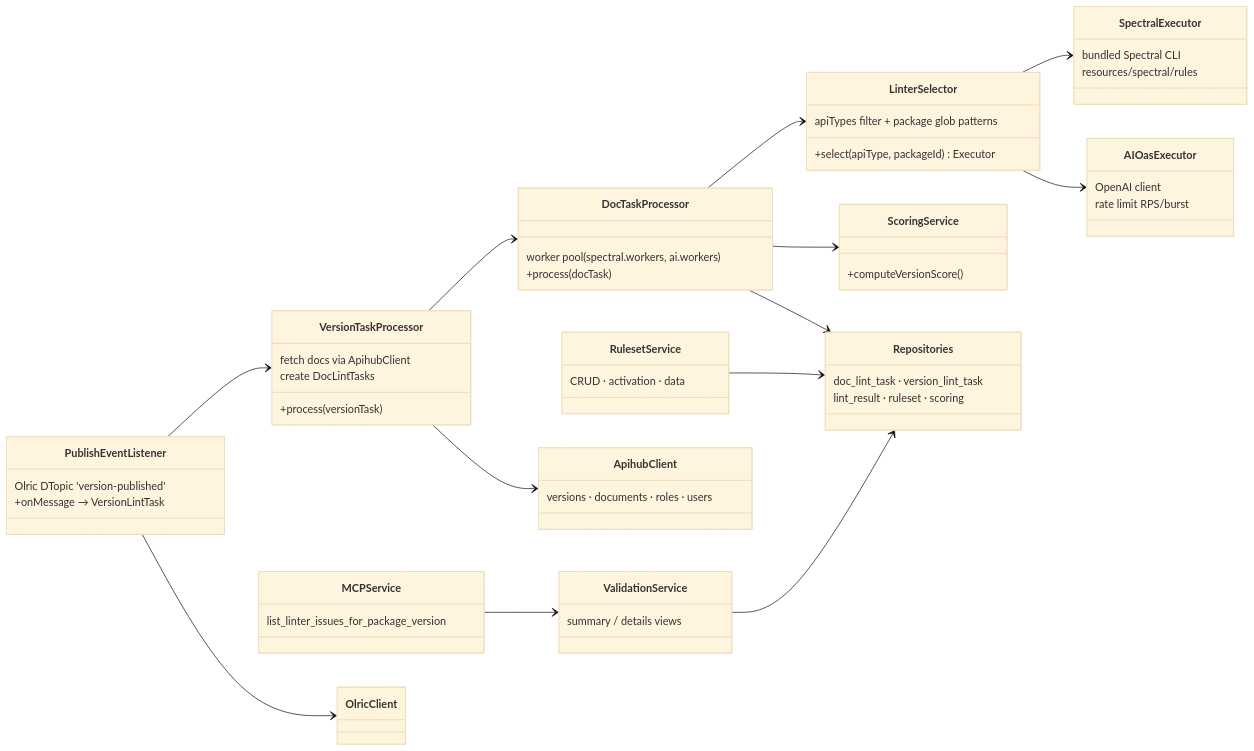
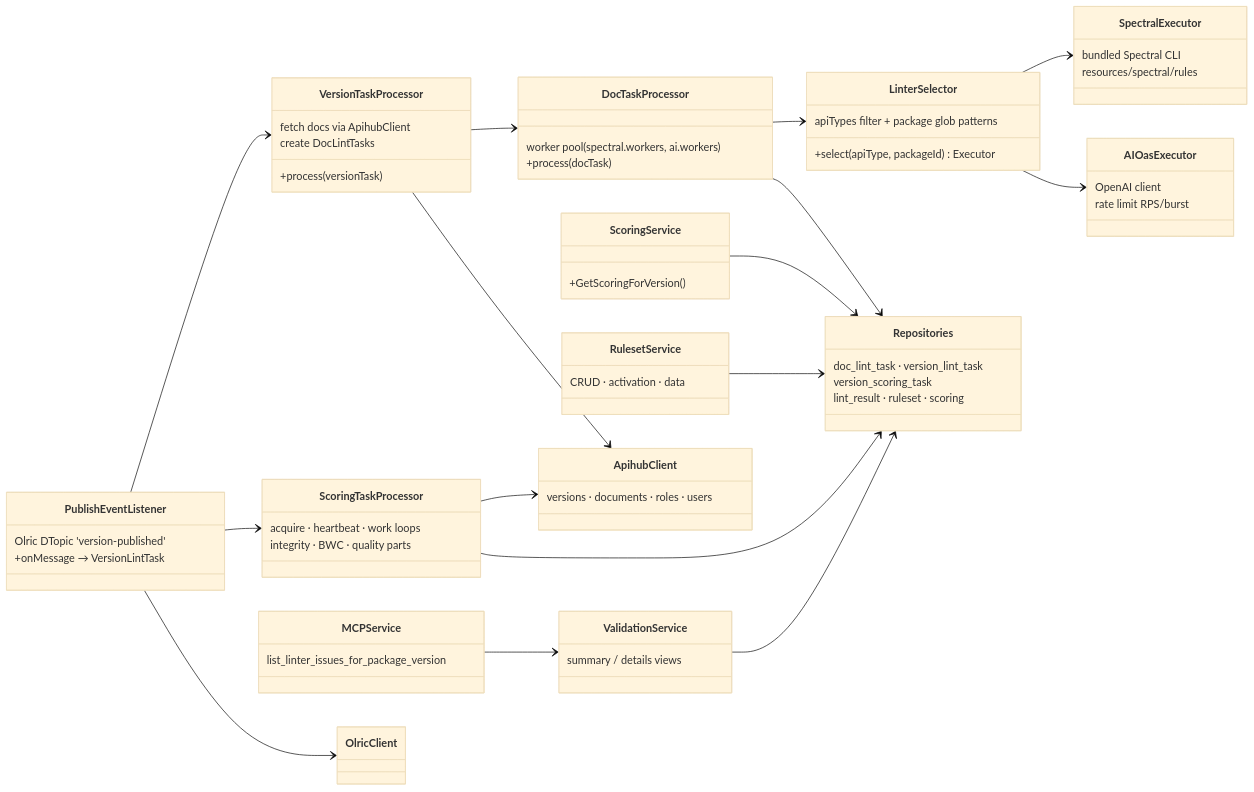
Before and after one commit to Netcracker/qubership-apihub: diagram 16 of 26 in tools/architecture-model/c4/APIHUB_C4_architecture.md, drawn with Mermaid (base theme). The commit also changed other lines of this file and 28 other files, not shown here.

Commit message:
feat(linter): run version scoring as a separate task process

````diff
--- a/tools/architecture-model/c4/APIHUB_C4_architecture.md
+++ b/tools/architecture-model/c4/APIHUB_C4_architecture.md
@@ -963,62 +963,70 @@
 ```mermaid
 classDiagram
     direction LR
     class PublishEventListener {
         Olric DTopic 'version-published'
         +onMessage → VersionLintTask
     }
     class VersionTaskProcessor {
         +process(versionTask)
         fetch docs via ApihubClient
         create DocLintTasks
     }
     class DocTaskProcessor {
         worker pool (spectral.workers, ai.workers)
         +process(docTask)
     }
     class LinterSelector {
         +select(apiType, packageId) Executor
         apiTypes filter + package glob patterns
     }
     class SpectralExecutor {
         bundled Spectral CLI
         resources/spectral/rules
     }
     class AIOasExecutor {
         OpenAI client
         rate limit RPS/burst
     }
+    class ScoringTaskProcessor {
+        acquire · heartbeat · work loops
+        integrity · BWC · quality parts
+    }
     class ScoringService {
-        +computeVersionScore()
+        +GetScoringForVersion()
     }
     class RulesetService {
         CRUD · activation · data
     }
     class ValidationService {
         summary / details views
     }
     class MCPService {
         list_linter_issues_for_package_version
     }
     class ApihubClient {
         versions · documents · roles · users
     }
     class OlricClient
     class Repositories {
         doc_lint_task · version_lint_task
+        version_scoring_task
         lint_result · ruleset · scoring
     }
 
     PublishEventListener --> VersionTaskProcessor
     VersionTaskProcessor --> DocTaskProcessor
     VersionTaskProcessor --> ApihubClient
     DocTaskProcessor --> LinterSelector
     LinterSelector --> SpectralExecutor
     LinterSelector --> AIOasExecutor
-    DocTaskProcessor --> ScoringService
+    PublishEventListener --> ScoringTaskProcessor
+    ScoringTaskProcessor --> ApihubClient
+    ScoringTaskProcessor --> Repositories
+    ScoringService --> Repositories
     DocTaskProcessor --> Repositories
     ValidationService --> Repositories
     RulesetService --> Repositories
     MCPService --> ValidationService
     PublishEventListener --> OlricClient
 ```
````
